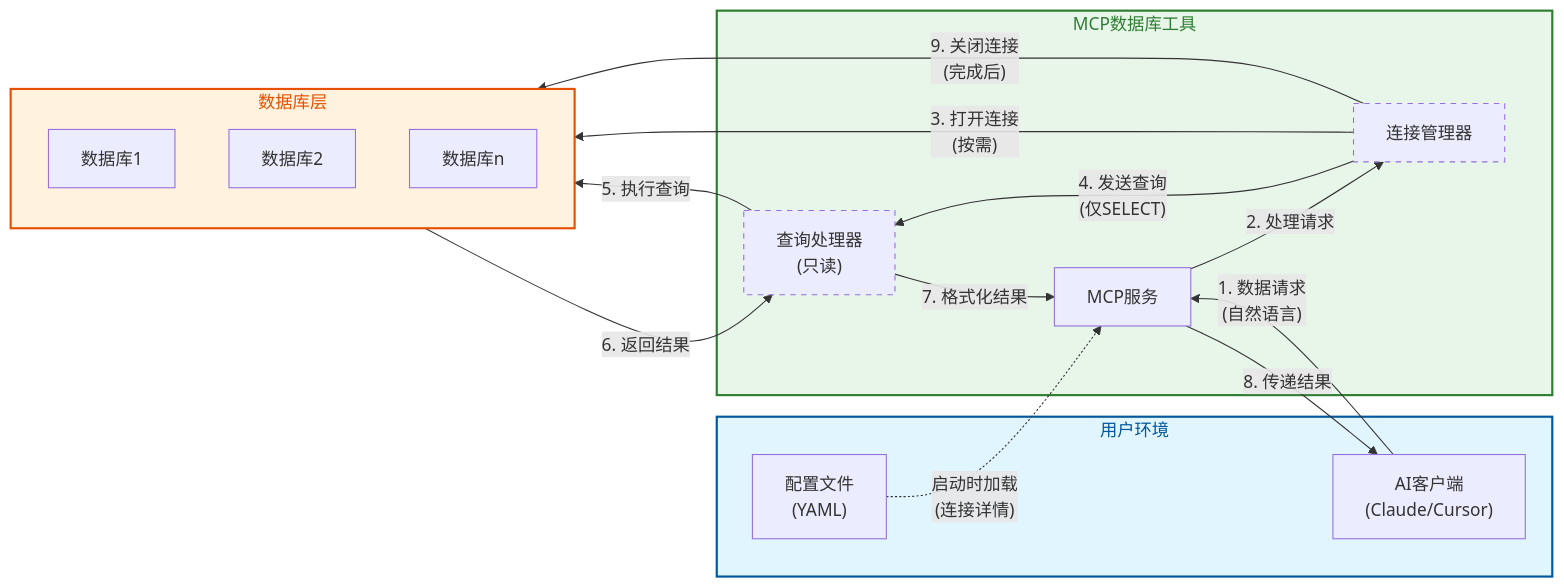
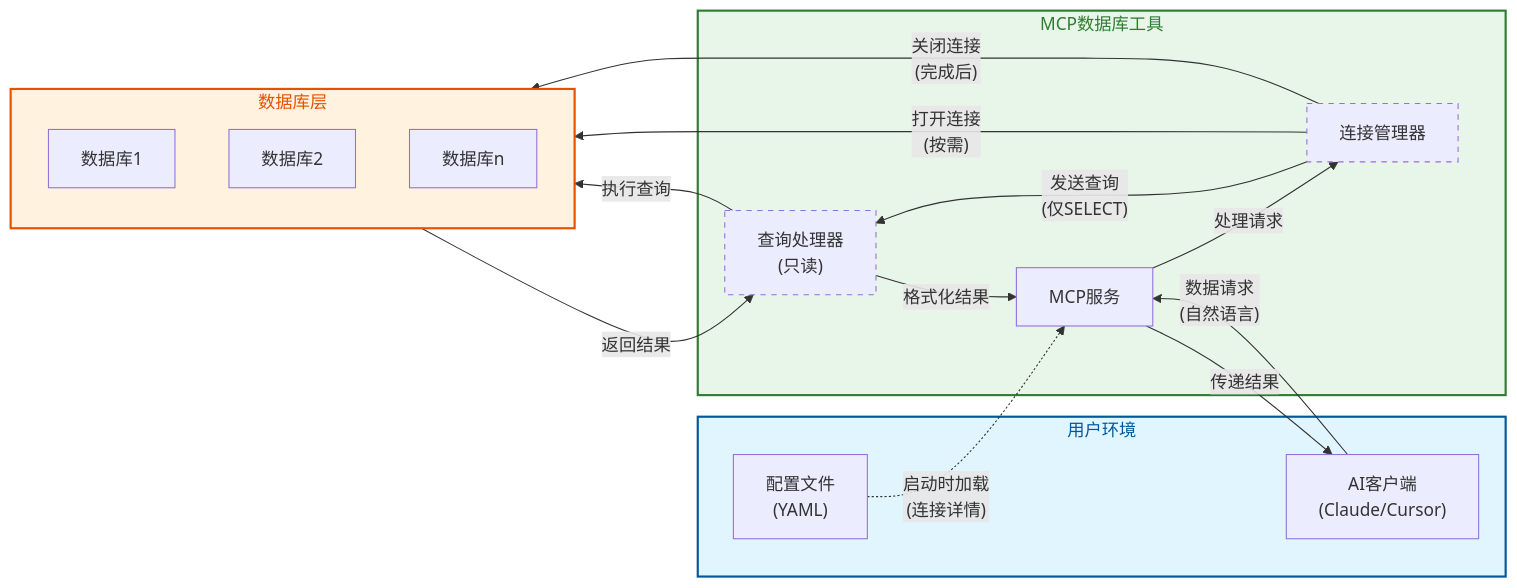
One commit to donghao1393/mcp-dbutils changed the second of 2 diagrams in docs/technical-guide.md. Above: the diagram before and after it, drawn with Mermaid.

Commit message:
docs: 修正Mermaid图表语法，移除编号格式以避免解析错误

````diff
--- a/docs/technical-guide.md
+++ b/docs/technical-guide.md
@@ -306,44 +306,44 @@
 ```mermaid
 flowchart LR
     subgraph User["用户环境"]
         Client["AI客户端<br>(Claude/Cursor)"]
         ConfigFile["配置文件<br>(YAML)"]
     end
     
     subgraph MCP["MCP数据库工具"]
         MCPService["MCP服务"]
         ConnectionManager["连接管理器"]
         QueryProcessor["查询处理器<br>(只读)"]
     end
     
     subgraph Databases["数据库层"]
         DB1["数据库1"]
         DB2["数据库2"]
         DBn["数据库n"]
     end
     
     %% 通信流程
-    Client-- "1. 数据请求<br>(自然语言)" -->MCPService
+    Client-- "数据请求<br>(自然语言)" -->MCPService
     ConfigFile-. "启动时加载<br>(连接详情)" .->MCPService
-    MCPService-- "2. 处理请求" -->ConnectionManager
-    ConnectionManager-- "3. 打开连接<br>(按需)" -->Databases
-    ConnectionManager-- "4. 发送查询<br>(仅SELECT)" -->QueryProcessor
-    QueryProcessor-- "5. 执行查询" -->Databases
-    Databases-- "6. 返回结果" -->QueryProcessor
-    QueryProcessor-- "7. 格式化结果" -->MCPService
-    MCPService-- "8. 传递结果" -->Client
-    ConnectionManager-- "9. 关闭连接<br>(完成后)" -->Databases
+    MCPService-- "处理请求" -->ConnectionManager
+    ConnectionManager-- "打开连接<br>(按需)" -->Databases
+    ConnectionManager-- "发送查询<br>(仅SELECT)" -->QueryProcessor
+    QueryProcessor-- "执行查询" -->Databases
+    Databases-- "返回结果" -->QueryProcessor
+    QueryProcessor-- "格式化结果" -->MCPService
+    MCPService-- "传递结果" -->Client
+    ConnectionManager-- "关闭连接<br>(完成后)" -->Databases
     
     %% 样式
     classDef user fill:#e1f5fe,stroke:#01579b,stroke-width:2px,color:#01579b
     classDef mcp fill:#e8f5e9,stroke:#2e7d32,stroke-width:2px,color:#2e7d32
     classDef db fill:#fff3e0,stroke:#e65100,stroke-width:2px,color:#e65100
     
     class User user
     class MCP mcp
     class Databases db
     
     %% 添加安全说明
     style ConnectionManager stroke-dasharray: 5 5
     style QueryProcessor stroke-dasharray: 5 5
 ```
````
